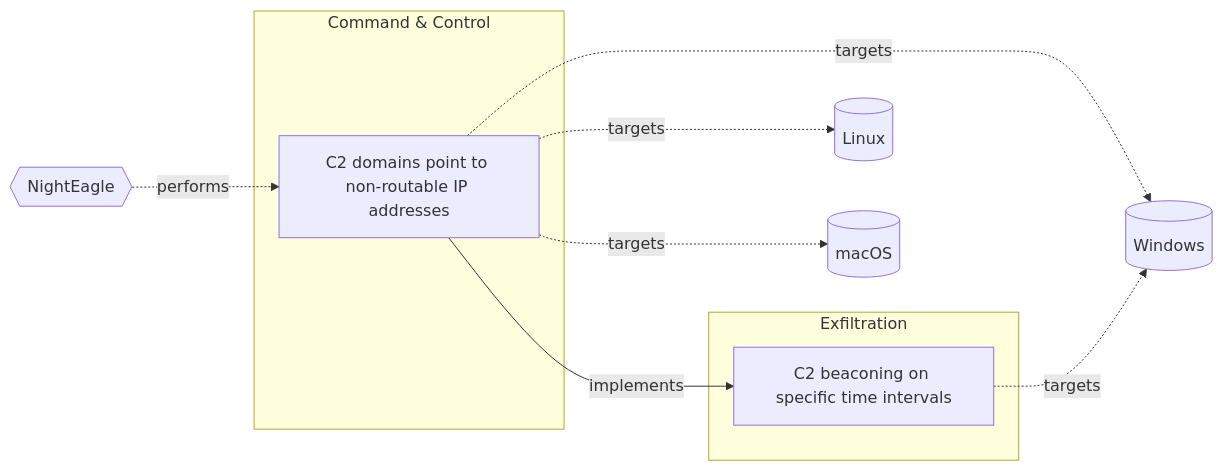
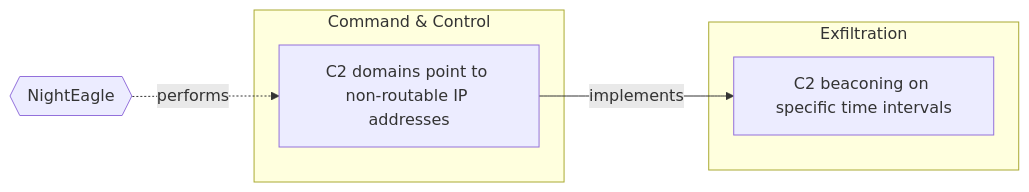
The diagram in Models/Threat Vectors/☣️ C2 beaconing on specific time intervals.md (OpenTideHQ/WikiTide), drawn with Mermaid before and after one commit. The commit also changed other lines of this file and 232 other files, not shown here.

````diff
--- a/Models/Threat Vectors/☣️ C2 beaconing on specific time intervals.md
+++ b/Models/Threat Vectors/☣️ C2 beaconing on specific time intervals.md
@@ -89,28 +89,21 @@
 ```mermaid
 
 flowchart LR
 
 ddab407e-d09d-4804-a4af-c11213553146[C2 domains point to non-routable IP addresses]
 7b122bb4-fc13-438b-a052-4388c501ec59[C2 beaconing on specific time intervals]
 
 subgraph Command & Control
 ddab407e-d09d-4804-a4af-c11213553146
 end
 subgraph Exfiltration
 7b122bb4-fc13-438b-a052-4388c501ec59
 end
 
-Windows[(Windows)]
-Linux[(Linux)]
-macOS[(macOS)]
 NightEagle{{NightEagle}}
 
-ddab407e-d09d-4804-a4af-c11213553146 -.->|targets| Windows
-ddab407e-d09d-4804-a4af-c11213553146 -.->|targets| Linux
-ddab407e-d09d-4804-a4af-c11213553146 -.->|targets| macOS
-7b122bb4-fc13-438b-a052-4388c501ec59 -.->|targets| Windows
 NightEagle -.-> |performs| ddab407e-d09d-4804-a4af-c11213553146
 
 ddab407e-d09d-4804-a4af-c11213553146 -->|implements| 7b122bb4-fc13-438b-a052-4388c501ec59
 
 ```
````
